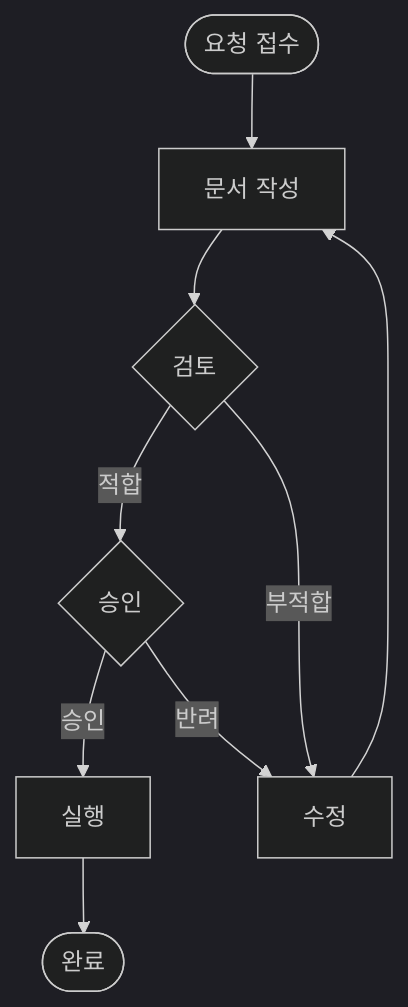
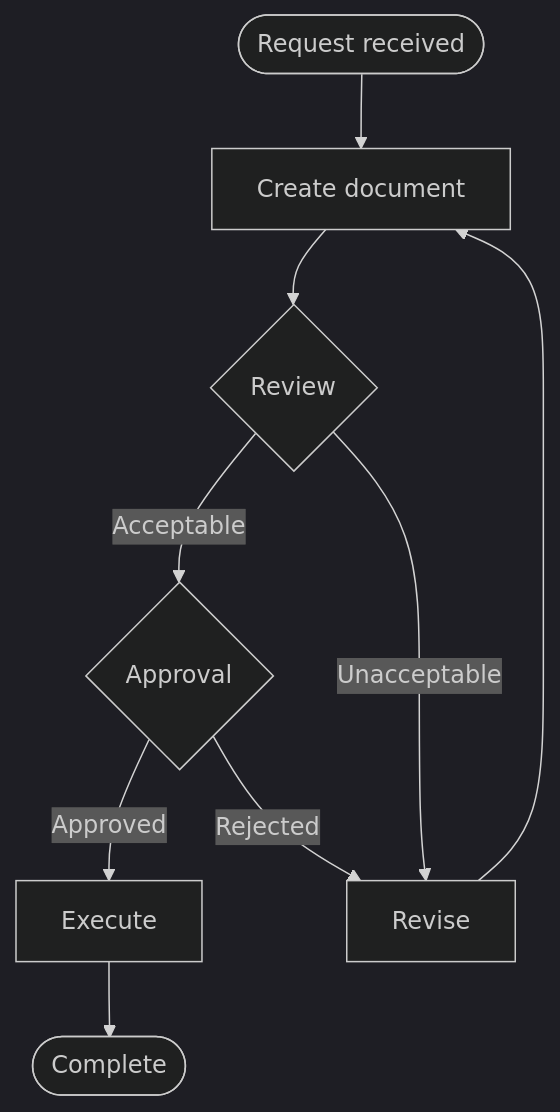
The first of 3 diagrams in harnesses/operations/operations-manual/skills/flowchart-standards/skill.md (chodolmu/taskforge-pro), drawn with Mermaid (dark theme) before and after one commit. The commit also changed other lines of this file and 952 other files, not shown here.

````diff
--- a/harnesses/operations/operations-manual/skills/flowchart-standards/skill.md
+++ b/harnesses/operations/operations-manual/skills/flowchart-standards/skill.md
@@ -25,11 +25,11 @@
 ```mermaid
 flowchart TD
-    START([요청 접수]) --> DRAFT[문서 작성]
-    DRAFT --> CHECK{검토}
-    CHECK -->|적합| APPROVE{승인}
-    CHECK -->|부적합| REVISE[수정]
+    START([Request received]) --> DRAFT[Create document]
+    DRAFT --> CHECK{Review}
+    CHECK -->|Acceptable| APPROVE{Approval}
+    CHECK -->|Unacceptable| REVISE[Revise]
     REVISE --> DRAFT
-    APPROVE -->|승인| EXECUTE[실행]
-    APPROVE -->|반려| REVISE
-    EXECUTE --> DONE([완료])
+    APPROVE -->|Approved| EXECUTE[Execute]
+    APPROVE -->|Rejected| REVISE
+    EXECUTE --> DONE([Complete])
 ```
````
